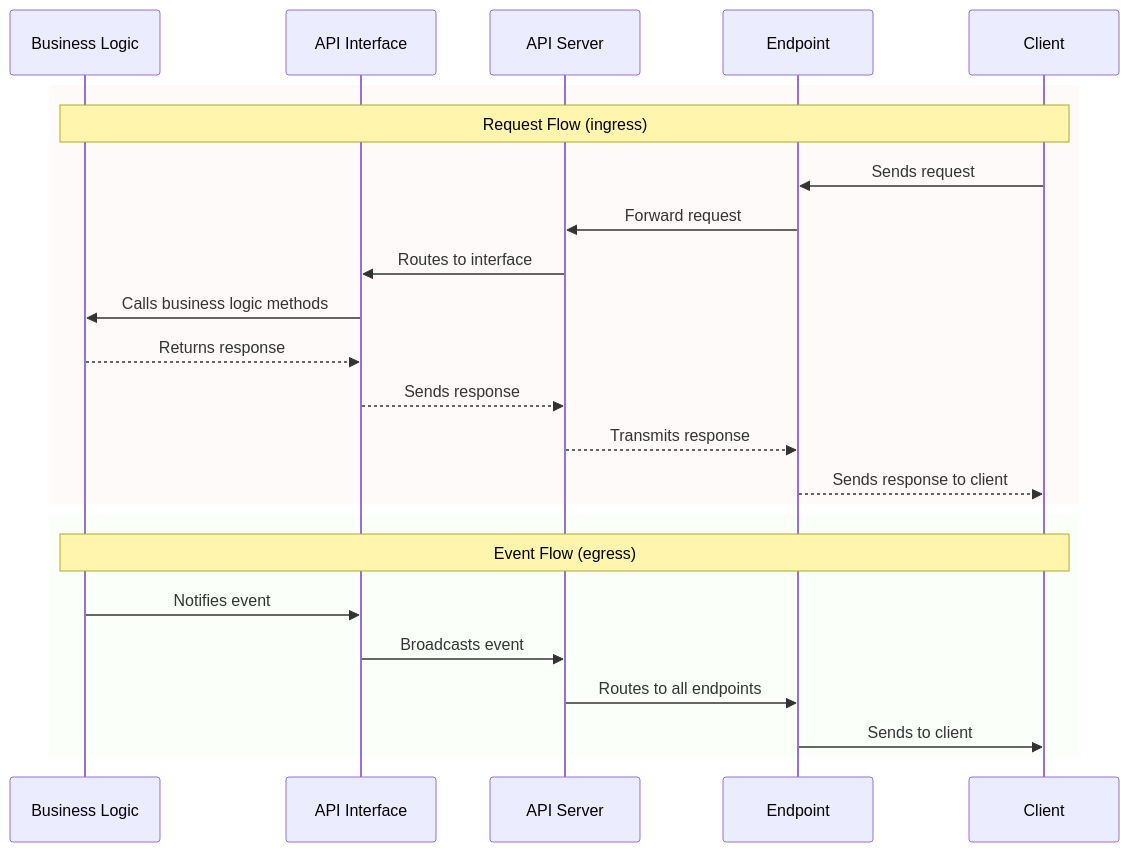
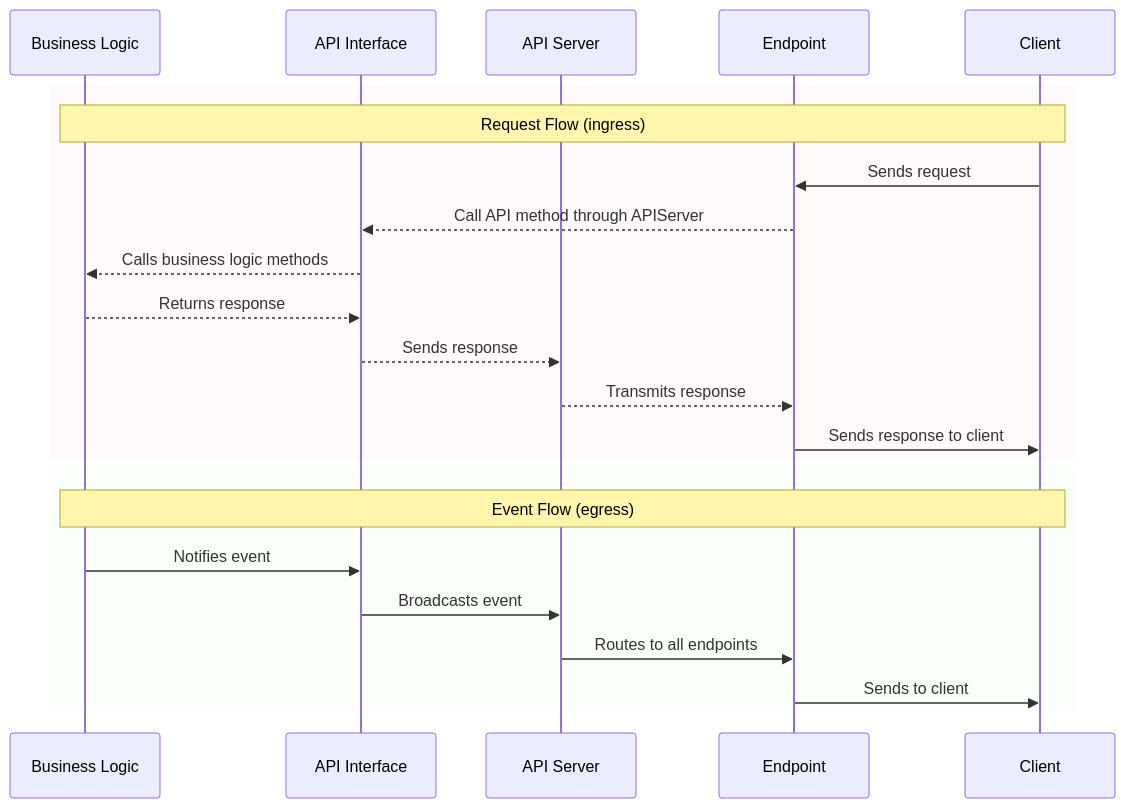
The second of 2 diagrams in lib/APIServer/README.md (pierrejay/esp32-wifi-api-dev), drawn with Mermaid before and after one commit.

Commit message:
Update APIServer docs

````diff
--- a/lib/APIServer/README.md
+++ b/lib/APIServer/README.md
@@ -90,28 +90,27 @@
 ```mermaid
 sequenceDiagram
     participant BL as Business Logic
     participant API as API Interface
     participant AS as API Server
     participant EP as Endpoint
     participant CL as Client
 
     rect rgba(255, 200, 200, 0.1)
     Note over CL,BL: Request Flow (ingress)
     CL->>EP: Sends request
-    EP->>AS: Forward request
-    AS->>API: Routes to interface
-    API->>BL: Calls business logic methods
+    EP-->>API: Call API method through APIServer
+    API-->>BL: Calls business logic methods
     BL-->>API: Returns response
     API-->>AS: Sends response
     AS-->>EP: Transmits response
-    EP-->>CL: Sends response to client
+    EP->>CL: Sends response to client
     end
 
     rect rgba(200, 255, 200, 0.1)
     Note over BL,CL: Event Flow (egress)
     BL->>API: Notifies event
     API->>AS: Broadcasts event
     AS->>EP: Routes to all endpoints
     EP->>CL: Sends to client
     end
 ```
````
